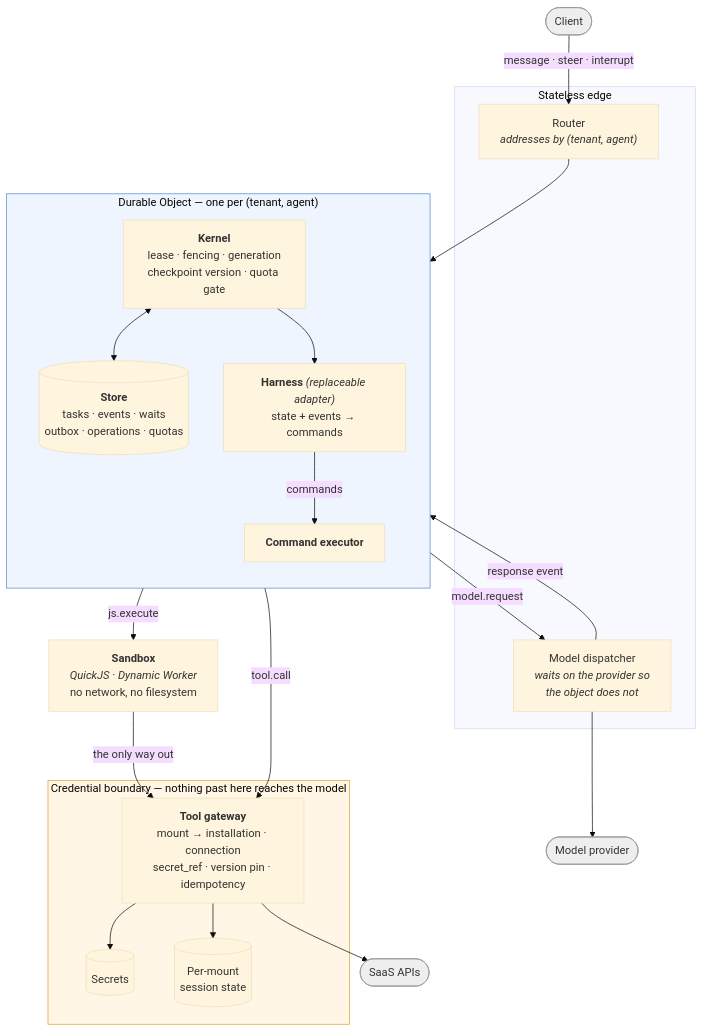
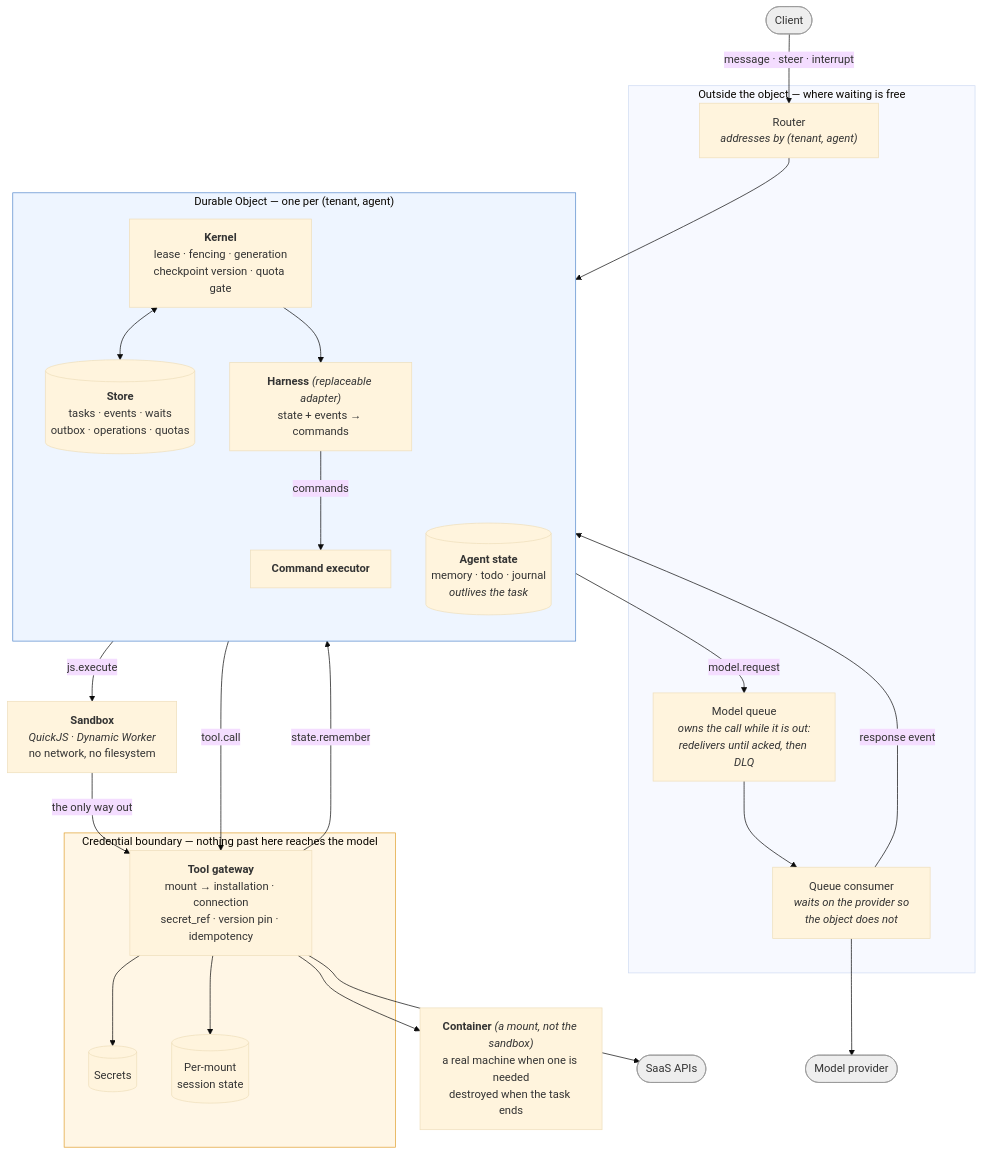
The diagram in README.md (botiverse/antiproton), drawn with Mermaid (base theme) before and after one commit. The commit also changed other lines of this file and 1 other file, not shown here.

````diff
--- a/README.md
+++ b/README.md
@@ -42,46 +89,52 @@
 ```mermaid
 flowchart TB
     client([Client]):::ext
 
-    subgraph edge["Stateless edge"]
+    subgraph edge["Outside the object — where waiting is free"]
         router["Router<br/><i>addresses by (tenant, agent)</i>"]
-        dispatch["Model dispatcher<br/><i>waits on the provider so<br/>the object does not</i>"]
+        queue["Model queue<br/><i>owns the call while it is out:<br/>redelivers until acked, then DLQ</i>"]
+        consumer["Queue consumer<br/><i>waits on the provider so<br/>the object does not</i>"]
     end
 
     subgraph object["Durable Object — one per (tenant, agent)"]
         direction TB
         kernel["<b>Kernel</b><br/>lease · fencing · generation<br/>checkpoint version · quota gate"]
         harness["<b>Harness</b> <i>(replaceable adapter)</i><br/>state + events → commands"]
         cmd["<b>Command executor</b>"]
         store[("<b>Store</b><br/>tasks · events · waits<br/>outbox · operations · quotas")]
+        memory[("<b>Agent state</b><br/>memory · todo · journal<br/><i>outlives the task</i>")]
     end
 
     subgraph trust["Credential boundary — nothing past here reaches the model"]
         gateway["<b>Tool gateway</b><br/>mount → installation · connection<br/>secret_ref · version pin · idempotency"]
         secrets[("Secrets")]
         conn[("Per-mount<br/>session state")]
     end
 
     sandbox["<b>Sandbox</b><br/><i>QuickJS · Dynamic Worker</i><br/>no network, no filesystem"]
+    box["<b>Container</b> <i>(a mount, not the sandbox)</i><br/>a real machine when one is needed<br/>destroyed when the task ends"]
     saas([SaaS APIs]):::ext
     provider([Model provider]):::ext
 
     client -->|"message · steer · interrupt"| router
     router --> kernel
     kernel <--> store
     kernel --> harness
     harness -->|commands| cmd
-    cmd -->|model.request| dispatch
-    dispatch -->|"response event"| store
-    dispatch --> provider
+    cmd -->|model.request| queue
+    queue --> consumer
+    consumer -->|"response event"| store
+    consumer --> provider
     cmd -->|tool.call| gateway
     cmd -->|js.execute| sandbox
     sandbox -->|"the only way out"| gateway
     gateway --> secrets
     gateway --> conn
     gateway --> saas
+    gateway --> box
+    gateway -->|"state.remember"| memory
 
     classDef ext fill:#eee,stroke:#999,color:#333;
     style trust fill:#fff6e5,stroke:#e0a030
     style object fill:#eef5ff,stroke:#5588cc
 ```
````
